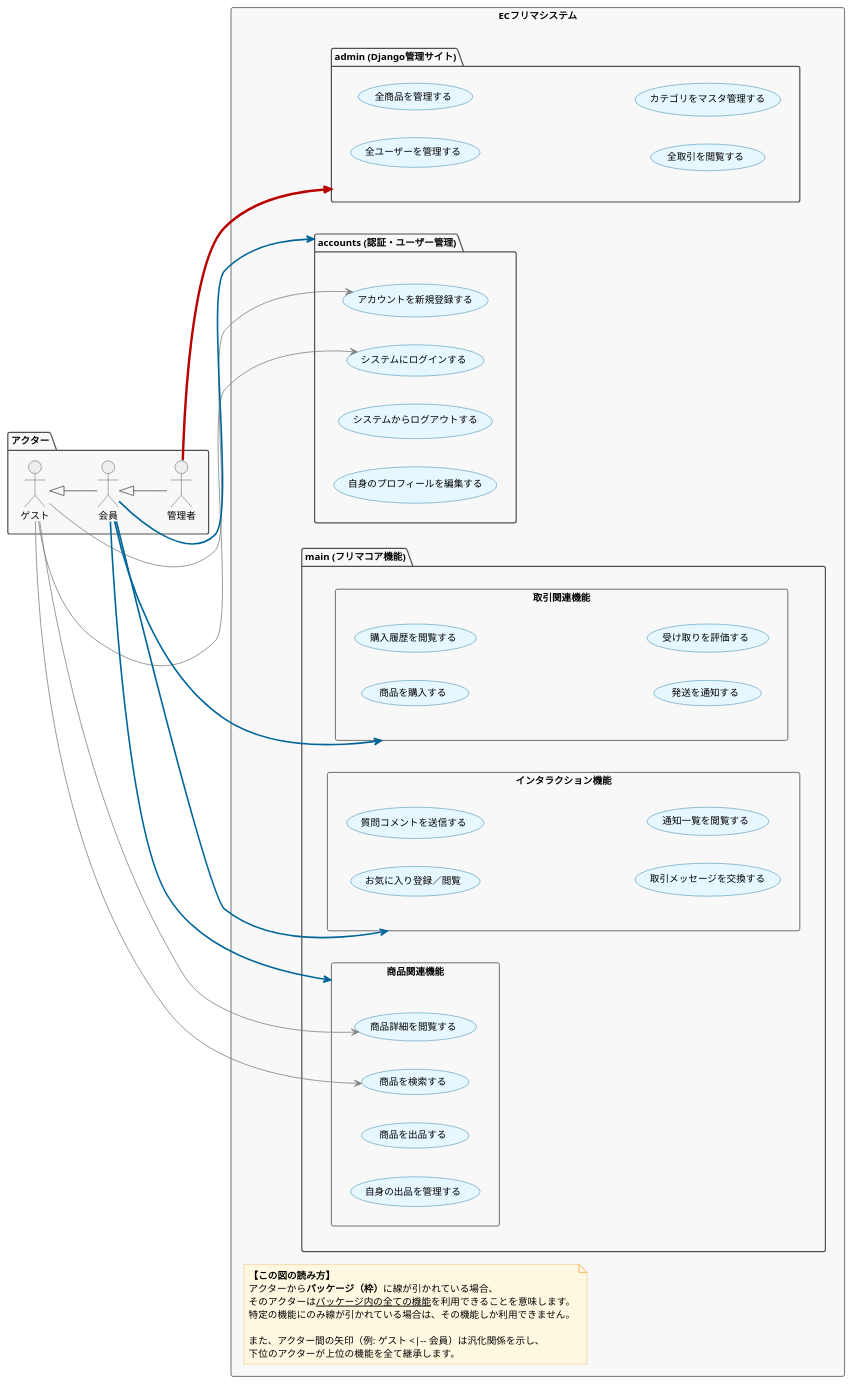
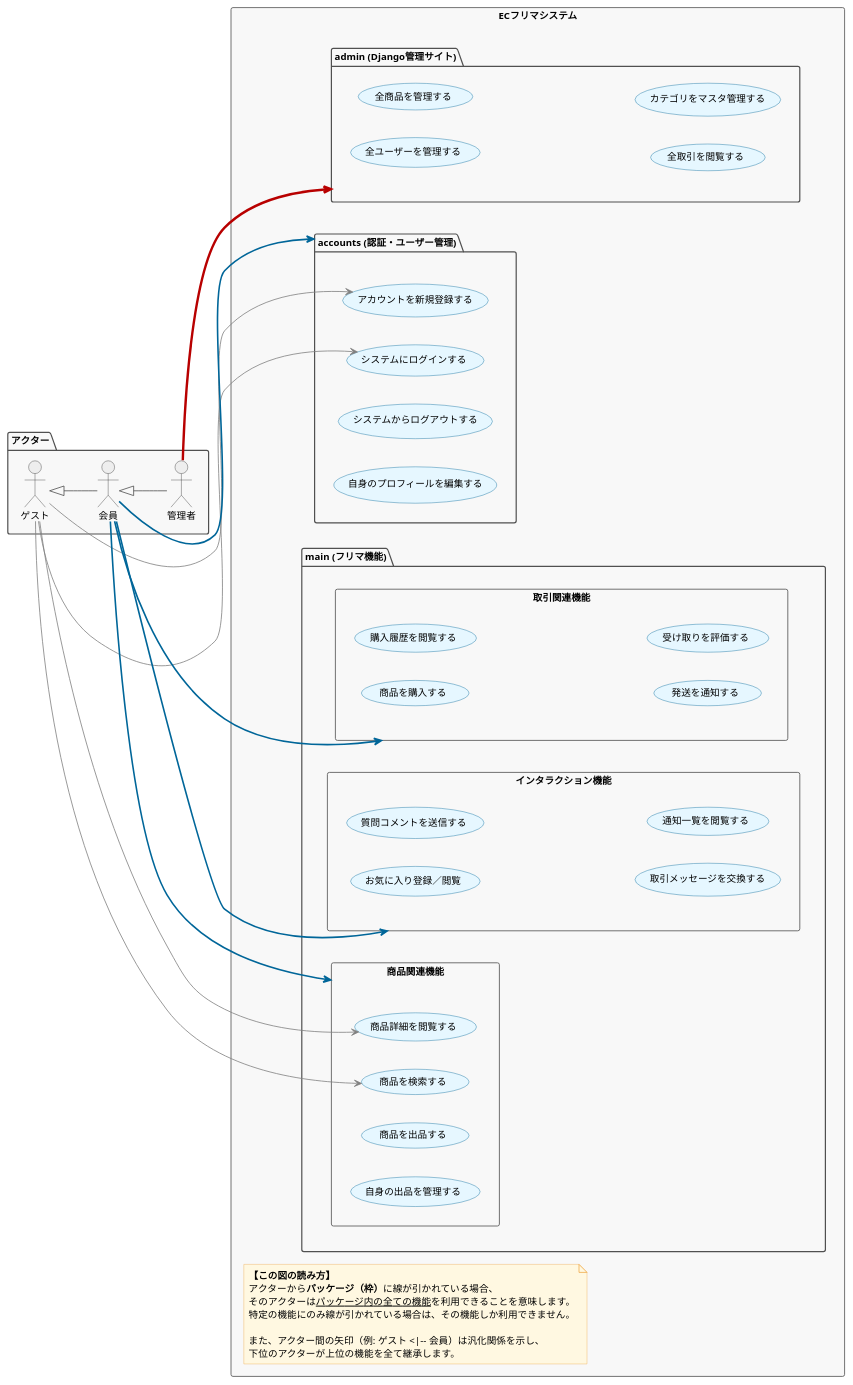
The diagram in Design/UseCaseDiagram.pu (kairi-fujii/PythonSystemDevelopment), drawn with PlantUML before and after one commit. The commit also changed 5 other files, not shown here.

```diff
--- a/Design/UseCaseDiagram.pu
+++ b/Design/UseCaseDiagram.pu
@@ -1,103 +1,103 @@
 @startuml ユースケース図
 
 ' === デザイン調整 (skinparam) ===
 skinparam {
     BackgroundColor #FFFFFF
     ArrowColor #505050
     ActorBorderColor #333333
     ActorBackgroundColor #EEEEEE
     PackageBorderColor #505050
     PackageBackgroundColor #F8F8F8
     UsecaseBorderColor #006699
     UsecaseBackgroundColor #E6F7FF
     NoteBorderColor #F0AD4E
     NoteBackgroundColor #FFF8E1
     DefaultFontName "Yu Gothic UI"
     DefaultFontSize 12
 }
 
 ' === レイアウト方向を左から右へ明確に指定 ===
 left to right direction
 
 ' === アクター定義 (左側に配置) ===
 package "アクター" {
   actor "ゲスト" as Guest
   actor "会員" as Member
   actor "管理者" as Admin
 }
 ' 汎化関係
 Guest <|-- Member
 Member <|-- Admin
 
 ' === 機能パッケージ (右側に配置) ===
 rectangle "ECフリマシステム" {
 
     ' === 全体への注釈: この図の読み方 ===
     note as N1
       <b>【この図の読み方】</b>
       アクターから<b>パッケージ（枠）</b>に線が引かれている場合、
       そのアクターは<u>パッケージ内の全ての機能</u>を利用できることを意味します。
       特定の機能にのみ線が引かれている場合は、その機能しか利用できません。
       
       また、アクター間の矢印（例: ゲスト <|-- 会員）は汎化関係を示し、
       下位のアクターが上位の機能を全て継承します。
     end note
 
     package "accounts (認証・ユーザー管理)" as PkgAccounts {
         usecase "アカウントを新規登録する" as UC_Register
         usecase "システムにログインする" as UC_Login
         usecase "システムからログアウトする" as UC_Logout
         usecase "自身のプロフィールを編集する" as UC_EditProfile
     }
 
-    package "main (フリマコア機能)" {
+    package "main (フリマ機能)" {
     
         rectangle "商品関連機能" as PkgProduct {
             usecase "商品を検索する" as UC_Search
             usecase "商品詳細を閲覧する" as UC_ViewDetail
             usecase "商品を出品する" as UC_ListProduct
             usecase "自身の出品を管理する" as UC_ManageMyProducts
         }
 
         rectangle "取引関連機能" as PkgTransaction {
             usecase "商品を購入する" as UC_Purchase
             usecase "購入履歴を閲覧する" as UC_ViewPurchaseHistory
             usecase "発送を通知する" as UC_NotifyShipping
             usecase "受け取りを評価する" as UC_Evaluate
         }
 
         rectangle "インタラクション機能" as PkgInteraction {
             usecase "お気に入り登録／閲覧" as UC_Favorite
             usecase "質問コメントを送信する" as UC_Comment
             usecase "取引メッセージを交換する" as UC_SendMessage
             usecase "通知一覧を閲覧する" as UC_CheckNotifications
         }
     }
 
     package "admin (Django管理サイト)" as PkgAdmin {
         usecase "全ユーザーを管理する" as UC_AdminManageUsers
         usecase "全商品を管理する" as UC_AdminManageProducts
         usecase "全取引を閲覧する" as UC_AdminViewTransactions
         usecase "カテゴリをマスタ管理する" as UC_AdminManageCategories
     }
 }
 
 
 ' --- アクターとユースケースの関連 (色と太さで重み付け) ---
 
 ' ■ ゲストの権限 (グレー / 細い)
 Guest -[#808080,thickness=1]-> UC_Register
 Guest -[#808080,thickness=1]-> UC_Login
 Guest -[#808080,thickness=1]-> UC_Search
 Guest -[#808080,thickness=1]-> UC_ViewDetail
 
 ' ■ 会員の権限 (青 / 中くらい)
 Member -[#006699,thickness=2]-> PkgAccounts
 Member -[#006699,thickness=2]-> PkgProduct
 Member -[#006699,thickness=2]-> PkgTransaction
 Member -[#006699,thickness=2]-> PkgInteraction
 
 ' ■ 管理者の権限 (赤 / 太い)
 Admin -[#B80000,thickness=3]-> PkgAdmin
 
 @enduml
```
